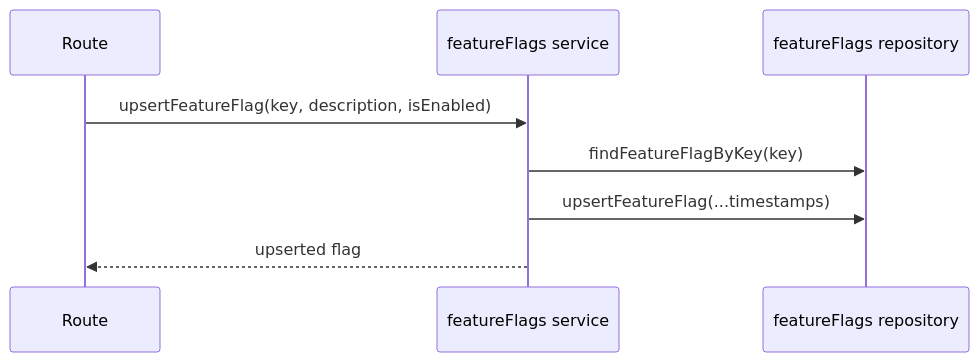
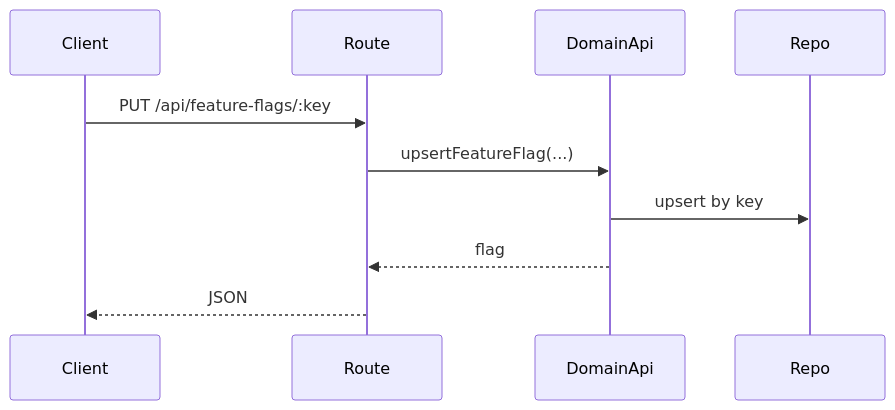
The third of 4 diagrams in src/backend/domains/featureFlags/README.md (TurtleStoffel/tektite-console), drawn with Mermaid before and after one commit. The commit also changed other lines of this file and 30 other files, not shown here.

Commit message:
split domainApi from service

````diff
--- a/src/backend/domains/featureFlags/README.md
+++ b/src/backend/domains/featureFlags/README.md
@@ -24,10 +40,12 @@
 ```mermaid
 sequenceDiagram
+    participant Client
     participant Route
-    participant Service as featureFlags service
-    participant Repo as featureFlags repository
-    Route->>Service: upsertFeatureFlag(key, description, isEnabled)
-    Service->>Repo: findFeatureFlagByKey(key)
-    Service->>Repo: upsertFeatureFlag(...timestamps)
-    Service-->>Route: upserted flag
+    participant DomainApi
+    participant Repo
+    Client->>Route: PUT /api/feature-flags/:key
+    Route->>DomainApi: upsertFeatureFlag(...)
+    DomainApi->>Repo: upsert by key
+    DomainApi-->>Route: flag
+    Route-->>Client: JSON
 ```
````
